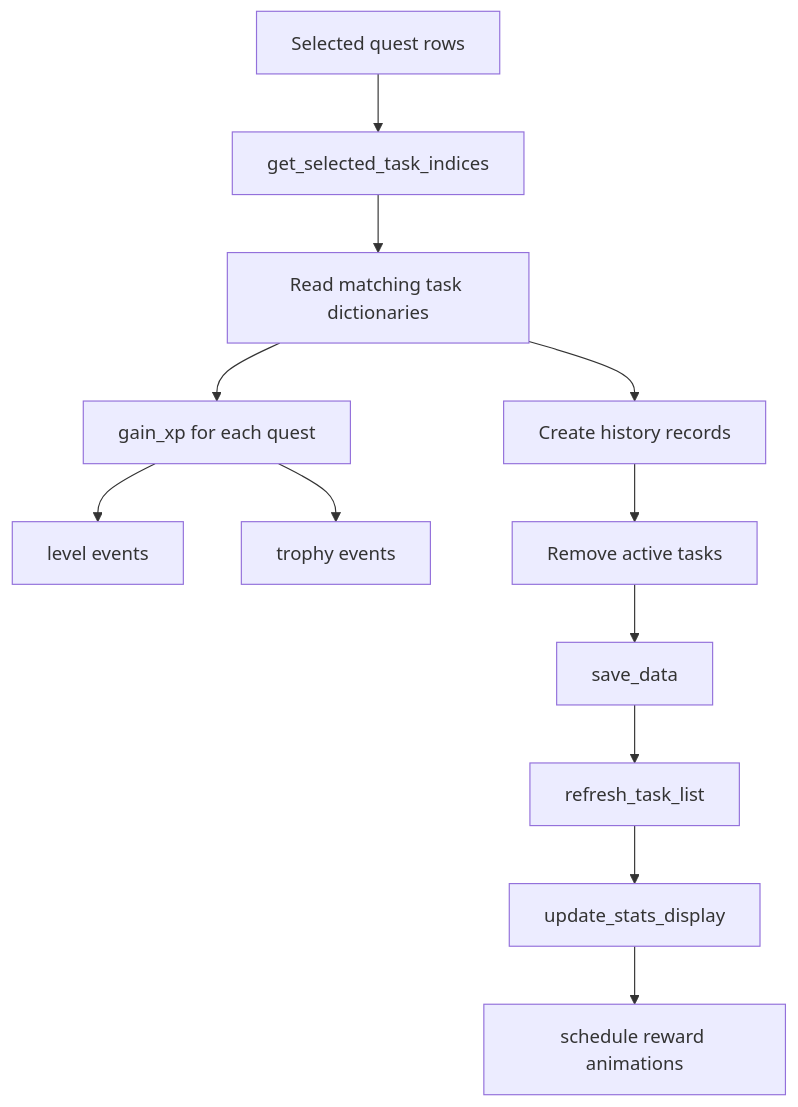
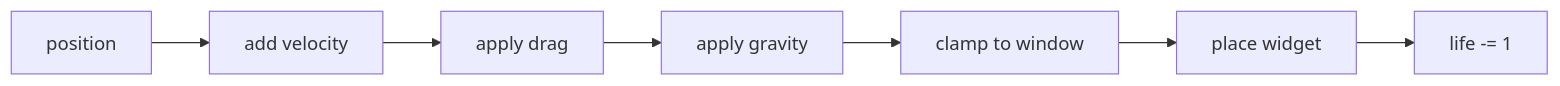
Before and after one commit to nimbold/LifeXP: diagram 12 of 30 in docs/beginner-guide/03-advanced.md, drawn with Mermaid. The commit also changed other lines of this file, not shown here.

````diff
--- a/docs/beginner-guide/03-advanced.md
+++ b/docs/beginner-guide/03-advanced.md
@@ -252,14 +630,9 @@
 ```mermaid
-flowchart TD
-    A["Selected quest rows"] --> B["get_selected_task_indices"]
-    B --> C["Read matching task dictionaries"]
-    C --> D["Create history records"]
-    C --> E["gain_xp for each quest"]
-    E --> F["level events"]
-    E --> G["trophy events"]
-    D --> H["Remove active tasks"]
-    H --> I["save_data"]
-    I --> J["refresh_task_list"]
-    J --> K["update_stats_display"]
-    K --> L["schedule reward animations"]
+flowchart LR
+    A["position"] --> B["add velocity"]
+    B --> C["apply drag"]
+    C --> D["apply gravity"]
+    D --> E["clamp to window"]
+    E --> F["place widget"]
+    F --> G["life -= 1"]
 ```
````
